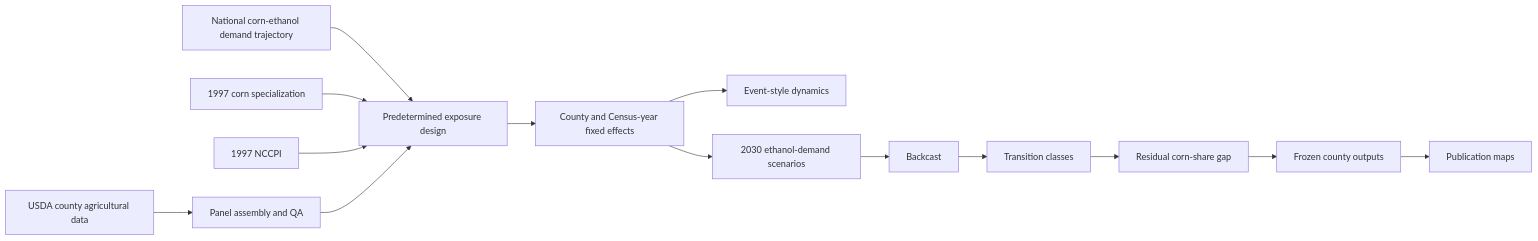
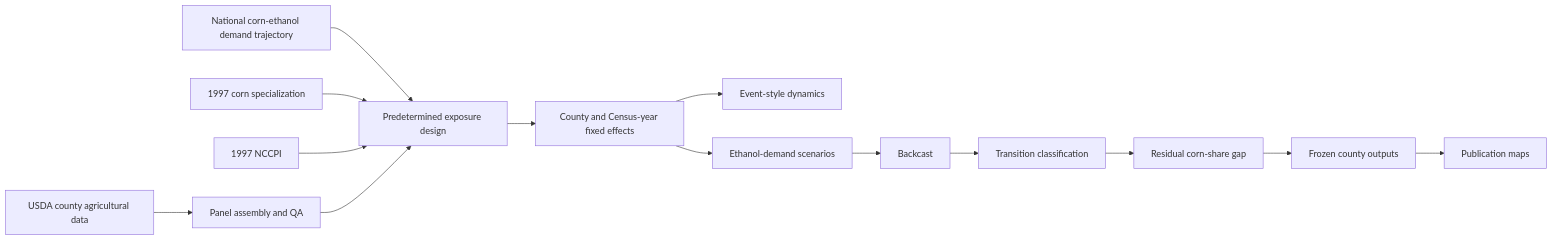
The diagram in README.md (ElvisKwameOfori123/E-SEAT), drawn with Mermaid before and after one commit. The commit also changed other lines of this file, not shown here.

````diff
--- a/README.md
+++ b/README.md
@@ -42,16 +48,16 @@
 ```mermaid
 flowchart LR
     A[USDA county agricultural data] --> B[Panel assembly and QA]
     C[National corn-ethanol demand trajectory] --> D[Predetermined exposure design]
     E[1997 corn specialization] --> D
     F[1997 NCCPI] --> D
     B --> D
     D --> G[County and Census-year fixed effects]
     G --> H[Event-style dynamics]
-    G --> I[2030 ethanol-demand scenarios]
+    G --> I[Ethanol-demand scenarios]
     I --> J[Backcast]
-    J --> K[Transition classes]
+    J --> K[Transition classification]
     K --> L[Residual corn-share gap]
     L --> M[Frozen county outputs]
     M --> N[Publication maps]
 ```
````
